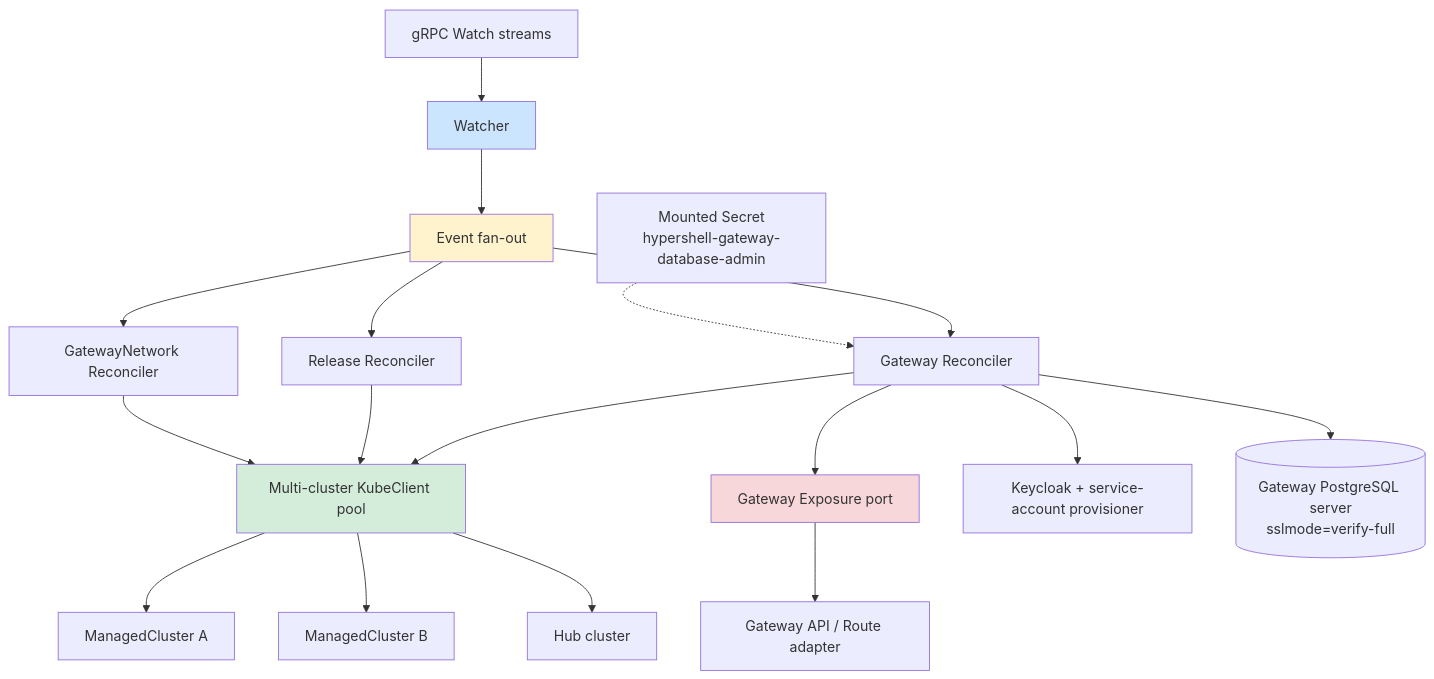
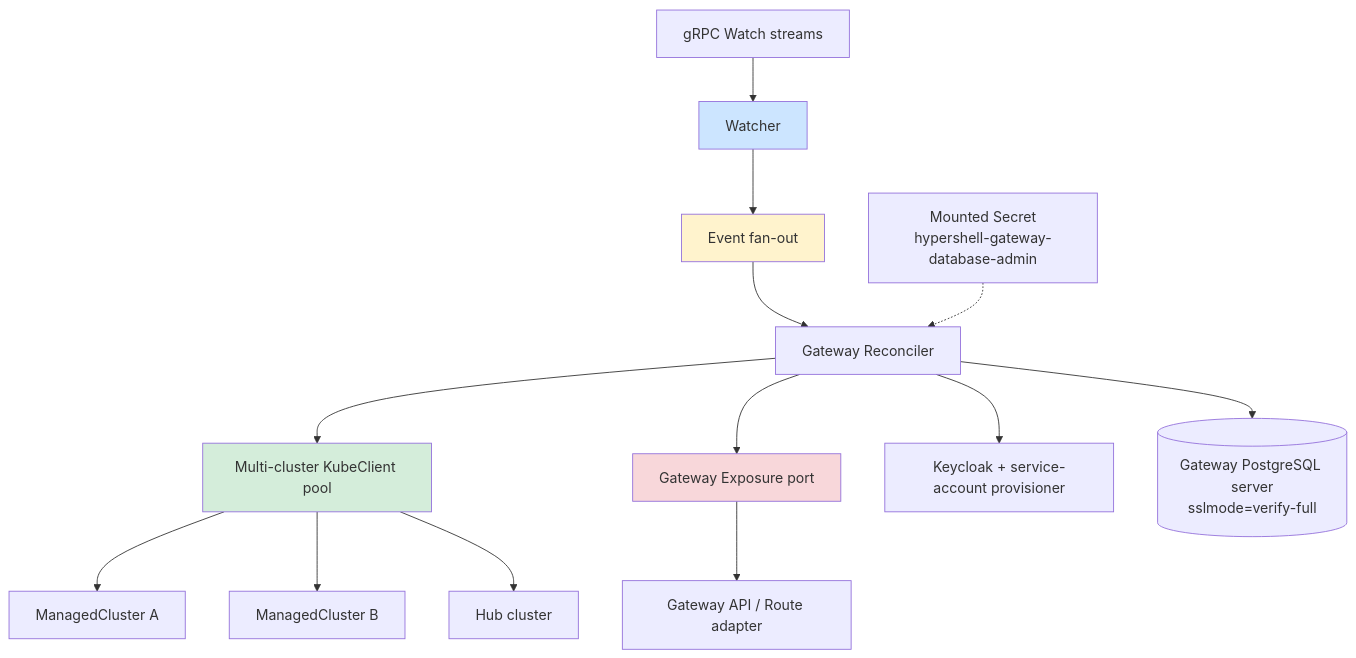
The second of 2 diagrams in docs/architecture/source/control-plane.md (openshift-online/hypershell), drawn with Mermaid before and after one commit. The commit also changed 35 other files, not shown here.

````diff
--- a/docs/architecture/source/control-plane.md
+++ b/docs/architecture/source/control-plane.md
@@ -35,23 +35,19 @@
 ```mermaid
 graph TB
   WS[ gRPC Watch streams ] --> W[Watcher]
   W --> F[Event fan-out]
   F --> GR[Gateway Reconciler]
-  F --> RR[Release Reconciler]
-  F --> NR[GatewayNetwork Reconciler]
   GR --> POOL[Multi-cluster KubeClient pool]
-  RR --> POOL
-  NR --> POOL
   POOL --> C1[ManagedCluster A]
   POOL --> C2[ManagedCluster B]
   POOL --> HUB[Hub cluster]
   GR --> EXP[Gateway Exposure port]
   EXP --> API[Gateway API / Route adapter]
   GR --> KC[Keycloak + service-account provisioner]
   ADM[Mounted Secret<br/>hypershell-gateway-database-admin] -.-> GR
   GR --> PG[(Gateway PostgreSQL server<br/>sslmode=verify-full)]
   style W fill:#cce5ff
   style F fill:#fff3cd
   style POOL fill:#d4edda
   style EXP fill:#f8d7da
 ```
````
